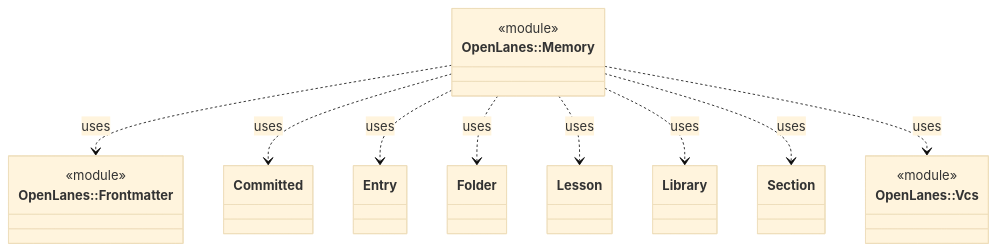
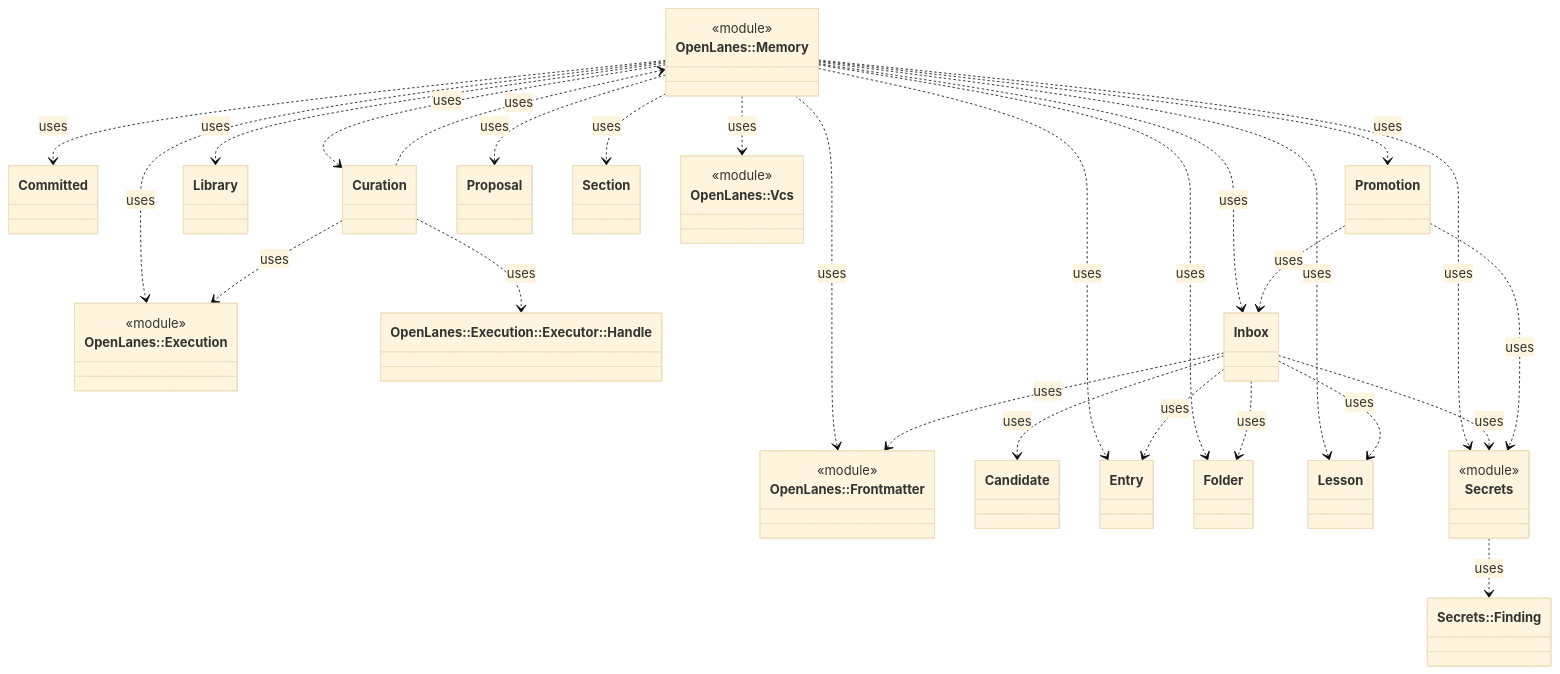
The diagram in docs/architecture/openlanes-memory.md (kigster/openlanes), drawn with Mermaid (base theme) before and after one commit. The commit also changed 26 other files, not shown here.

First line of the commit message:
Write project memory through an inbox, never directly

````diff
--- a/docs/architecture/openlanes-memory.md
+++ b/docs/architecture/openlanes-memory.md
@@ -5,23 +5,52 @@
 ```mermaid
 classDiagram
+  class OpenLanes__Execution["OpenLanes::Execution"]
+  <<module>> OpenLanes__Execution
+  class OpenLanes__Execution__Executor__Handle["OpenLanes::Execution::Executor::Handle"]
   class OpenLanes__Frontmatter["OpenLanes::Frontmatter"]
   <<module>> OpenLanes__Frontmatter
   class OpenLanes__Memory["OpenLanes::Memory"]
   <<module>> OpenLanes__Memory
+  class OpenLanes__Memory__Candidate["Candidate"]
   class OpenLanes__Memory__Committed["Committed"]
+  class OpenLanes__Memory__Curation["Curation"]
   class OpenLanes__Memory__Entry["Entry"]
   class OpenLanes__Memory__Folder["Folder"]
+  class OpenLanes__Memory__Inbox["Inbox"]
   class OpenLanes__Memory__Lesson["Lesson"]
   class OpenLanes__Memory__Library["Library"]
+  class OpenLanes__Memory__Promotion["Promotion"]
+  class OpenLanes__Memory__Proposal["Proposal"]
+  class OpenLanes__Memory__Secrets["Secrets"]
+  <<module>> OpenLanes__Memory__Secrets
+  class OpenLanes__Memory__Secrets__Finding["Secrets::Finding"]
   class OpenLanes__Memory__Section["Section"]
   class OpenLanes__Vcs["OpenLanes::Vcs"]
   <<module>> OpenLanes__Vcs
+  OpenLanes__Memory ..> OpenLanes__Execution : uses
   OpenLanes__Memory ..> OpenLanes__Frontmatter : uses
   OpenLanes__Memory ..> OpenLanes__Memory__Committed : uses
+  OpenLanes__Memory ..> OpenLanes__Memory__Curation : uses
   OpenLanes__Memory ..> OpenLanes__Memory__Entry : uses
   OpenLanes__Memory ..> OpenLanes__Memory__Folder : uses
+  OpenLanes__Memory ..> OpenLanes__Memory__Inbox : uses
   OpenLanes__Memory ..> OpenLanes__Memory__Lesson : uses
   OpenLanes__Memory ..> OpenLanes__Memory__Library : uses
+  OpenLanes__Memory ..> OpenLanes__Memory__Promotion : uses
+  OpenLanes__Memory ..> OpenLanes__Memory__Proposal : uses
+  OpenLanes__Memory ..> OpenLanes__Memory__Secrets : uses
   OpenLanes__Memory ..> OpenLanes__Memory__Section : uses
   OpenLanes__Memory ..> OpenLanes__Vcs : uses
+  OpenLanes__Memory__Curation ..> OpenLanes__Execution : uses
+  OpenLanes__Memory__Curation ..> OpenLanes__Execution__Executor__Handle : uses
+  OpenLanes__Memory__Curation ..> OpenLanes__Memory : uses
+  OpenLanes__Memory__Inbox ..> OpenLanes__Frontmatter : uses
+  OpenLanes__Memory__Inbox ..> OpenLanes__Memory__Candidate : uses
+  OpenLanes__Memory__Inbox ..> OpenLanes__Memory__Entry : uses
+  OpenLanes__Memory__Inbox ..> OpenLanes__Memory__Folder : uses
+  OpenLanes__Memory__Inbox ..> OpenLanes__Memory__Lesson : uses
+  OpenLanes__Memory__Inbox ..> OpenLanes__Memory__Secrets : uses
+  OpenLanes__Memory__Promotion ..> OpenLanes__Memory__Inbox : uses
+  OpenLanes__Memory__Promotion ..> OpenLanes__Memory__Secrets : uses
+  OpenLanes__Memory__Secrets ..> OpenLanes__Memory__Secrets__Finding : uses
 ```
````
